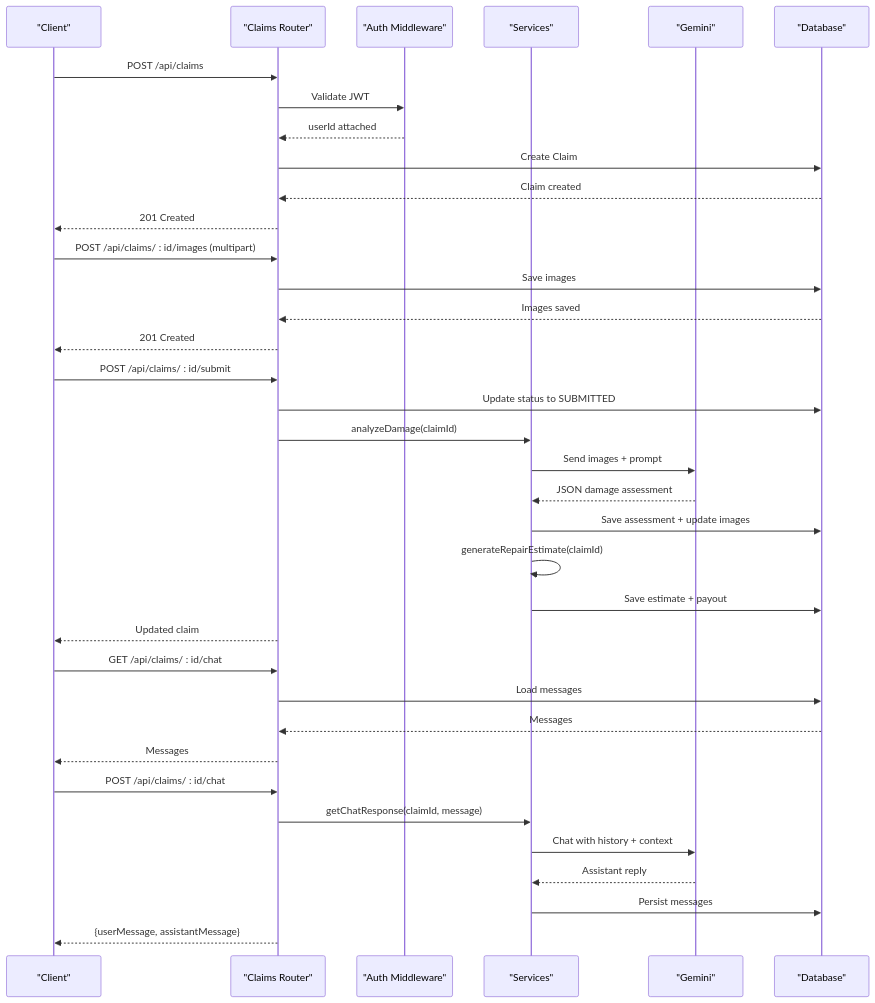
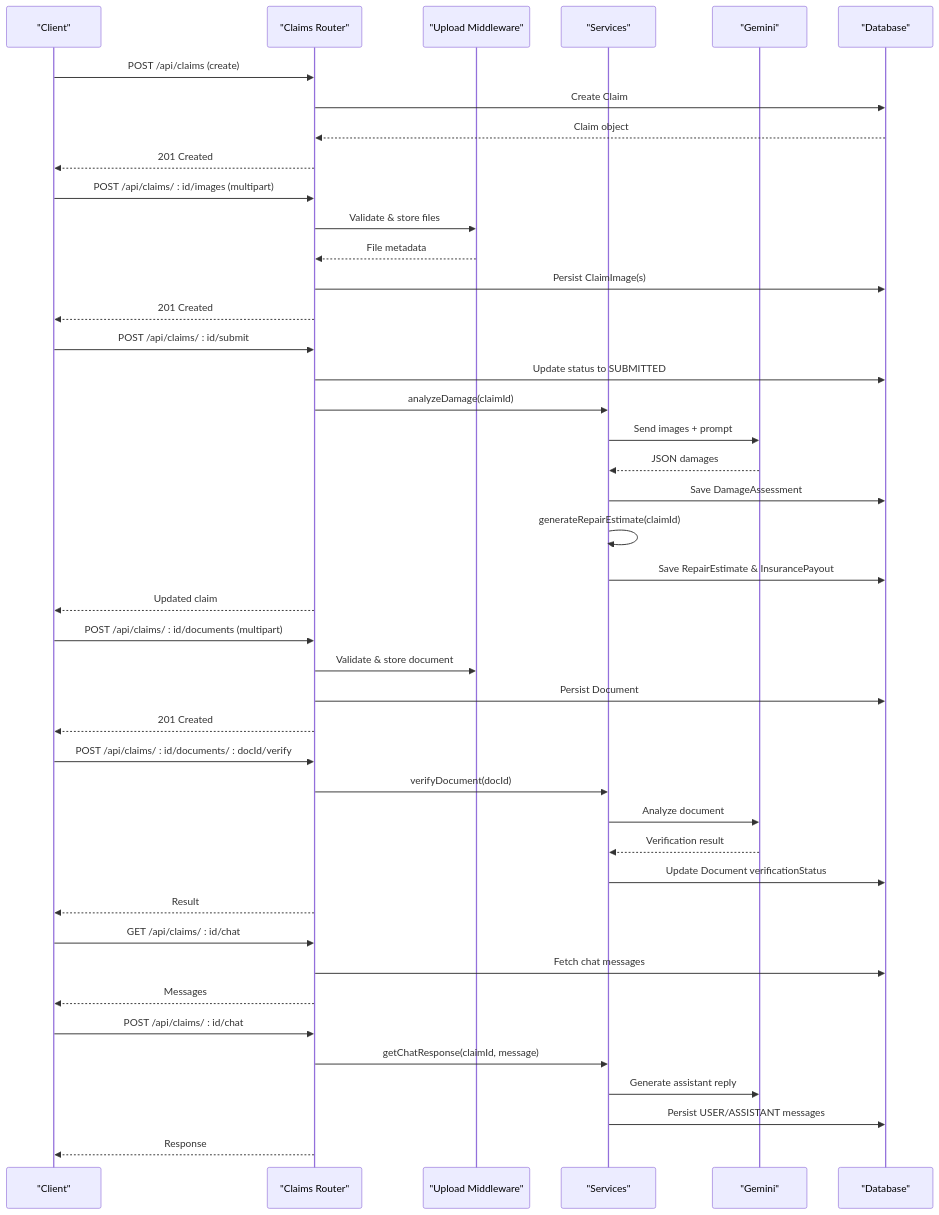
One commit to NaveenHiranya/Smart-Vehicle-Insurance-Claim-System changed the second of 7 diagrams in .qoder/repowiki/en/content/API Reference/Claims API.md. Above: the diagram before and after it, drawn with Mermaid. The commit also changed other lines of this file and 183 other files, not shown here.

````diff
--- a/.qoder/repowiki/en/content/API Reference/Claims API.md
+++ b/.qoder/repowiki/en/content/API Reference/Claims API.md
@@ -92,38 +103,45 @@
 ```mermaid
 sequenceDiagram
 participant C as "Client"
 participant R as "Claims Router"
-participant A as "Auth Middleware"
+participant U as "Upload Middleware"
 participant S as "Services"
 participant G as "Gemini"
 participant D as "Database"
-C->>R : POST /api/claims
-R->>A : Validate JWT
-A-->>R : userId attached
+C->>R : POST /api/claims (create)
 R->>D : Create Claim
-D-->>R : Claim created
+D-->>R : Claim object
 R-->>C : 201 Created
 C->>R : POST /api/claims/ : id/images (multipart)
-R->>D : Save images
-D-->>R : Images saved
+R->>U : Validate & store files
+U-->>R : File metadata
+R->>D : Persist ClaimImage(s)
 R-->>C : 201 Created
 C->>R : POST /api/claims/ : id/submit
 R->>D : Update status to SUBMITTED
 R->>S : analyzeDamage(claimId)
 S->>G : Send images + prompt
-G-->>S : JSON damage assessment
-S->>D : Save assessment + update images
+G-->>S : JSON damages
+S->>D : Save DamageAssessment
 S->>S : generateRepairEstimate(claimId)
-S->>D : Save estimate + payout
+S->>D : Save RepairEstimate & InsurancePayout
 R-->>C : Updated claim
+C->>R : POST /api/claims/ : id/documents (multipart)
+R->>U : Validate & store document
+R->>D : Persist Document
+R-->>C : 201 Created
+C->>R : POST /api/claims/ : id/documents/ : docId/verify
+R->>S : verifyDocument(docId)
+S->>G : Analyze document
+G-->>S : Verification result
+S->>D : Update Document verificationStatus
+R-->>C : Result
 C->>R : GET /api/claims/ : id/chat
-R->>D : Load messages
-D-->>R : Messages
+R->>D : Fetch chat messages
 R-->>C : Messages
 C->>R : POST /api/claims/ : id/chat
 R->>S : getChatResponse(claimId, message)
-S->>G : Chat with history + context
-G-->>S : Assistant reply
-S->>D : Persist messages
-R-->>C : {userMessage, assistantMessage}
+S->>G : Generate assistant reply
+S->>D : Persist USER/ASSISTANT messages
+R-->>C : Response
 ```
````
